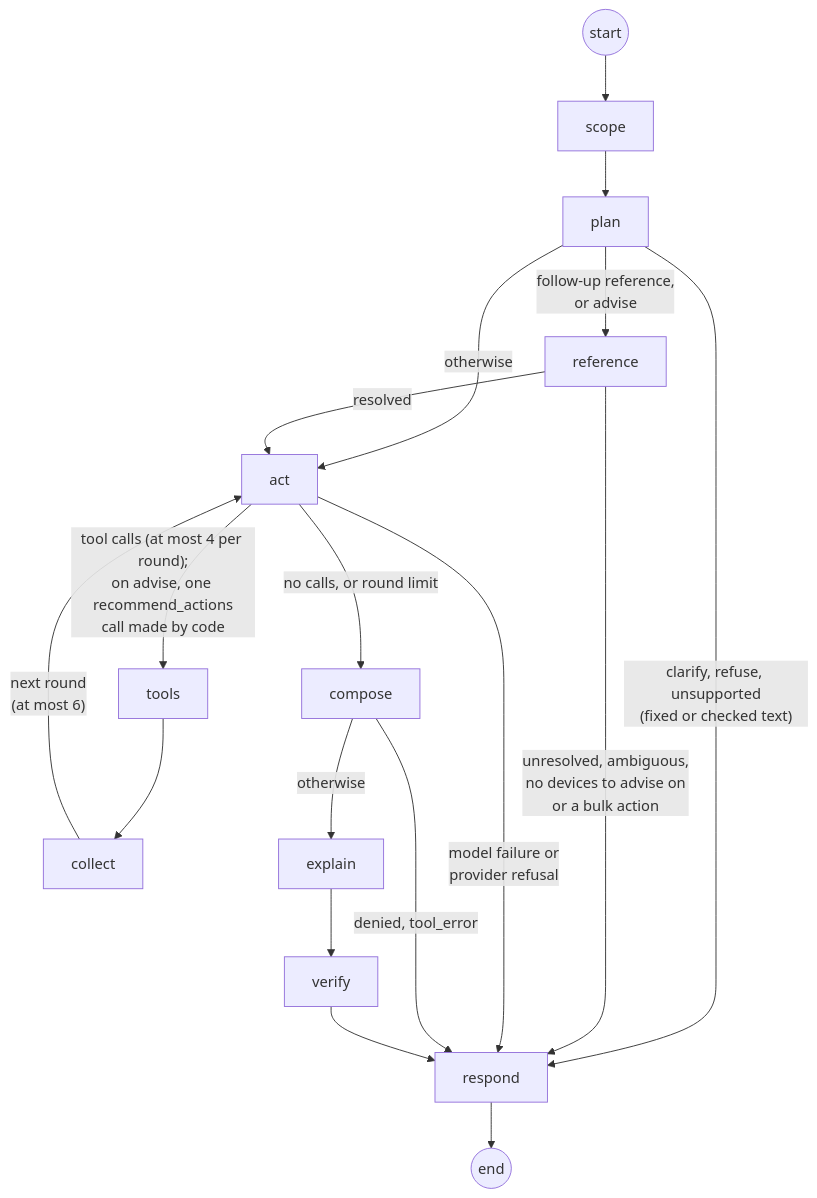
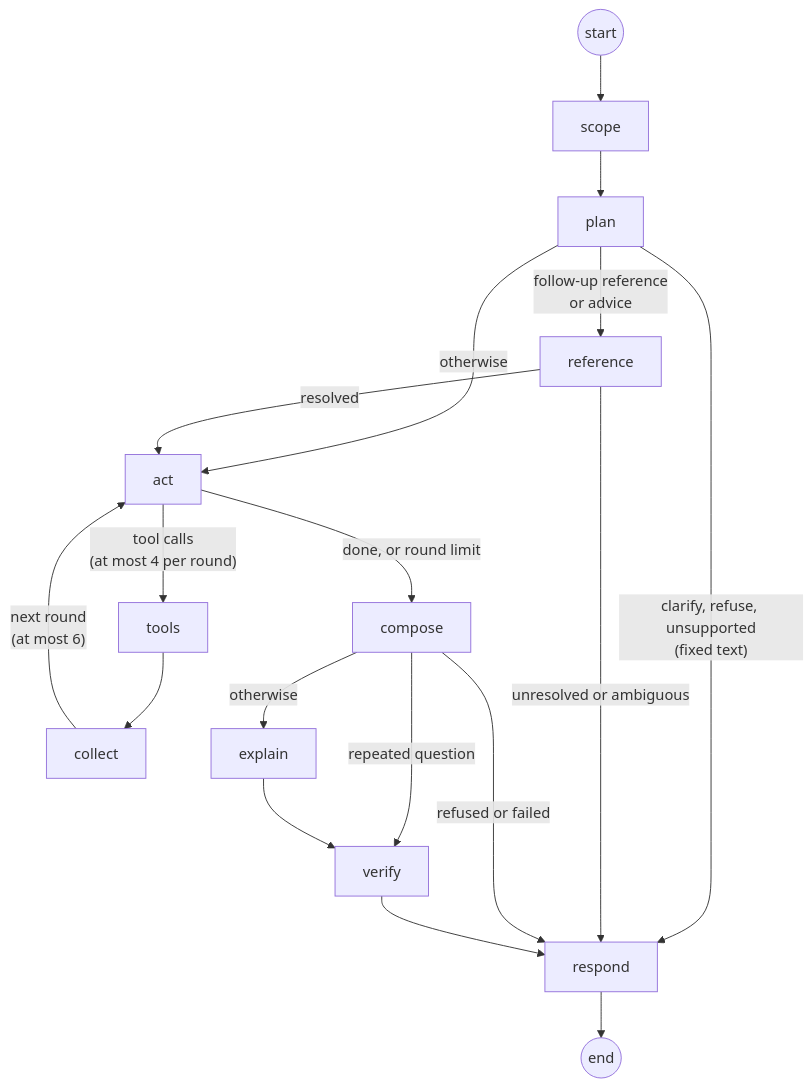
One commit to PegasusA14/agentic-aI-fleet-copilot- changed the second of 2 diagrams in README.md. Above: the diagram before and after it, drawn with Mermaid. The commit also changed other lines of this file, not shown here.

````diff
--- a/README.md
+++ b/README.md
@@ -190,18 +157,18 @@
 ```mermaid
 flowchart TD
     BEGIN(("start")) --> scope --> plan
-    plan -- "clarify, refuse, unsupported<br/>(fixed or checked text)" --> respond
-    plan -- "follow-up reference,<br/>or advise" --> reference
+    plan -- "clarify, refuse, unsupported<br/>(fixed text)" --> respond
+    plan -- "follow-up reference<br/>or advice" --> reference
     plan -- otherwise --> act
-    reference -- "unresolved, ambiguous,<br/>no devices to advise on<br/>or a bulk action" --> respond
+    reference -- "unresolved or ambiguous" --> respond
     reference -- resolved --> act
-    act -- "tool calls (at most 4 per round);<br/>on advise, one recommend_actions<br/>call made by code" --> tools
+    act -- "tool calls<br/>(at most 4 per round)" --> tools
     tools --> collect
     collect -- "next round<br/>(at most 6)" --> act
-    act -- "no calls, or round limit" --> compose
-    act -- "model failure or<br/>provider refusal" --> respond
-    compose -- "denied, tool_error" --> respond
+    act -- "done, or round limit" --> compose
+    compose -- "refused or failed" --> respond
+    compose -- "repeated question" --> verify
     compose -- otherwise --> explain
     explain --> verify --> respond
     respond --> DONE(("end"))
 ```
````
